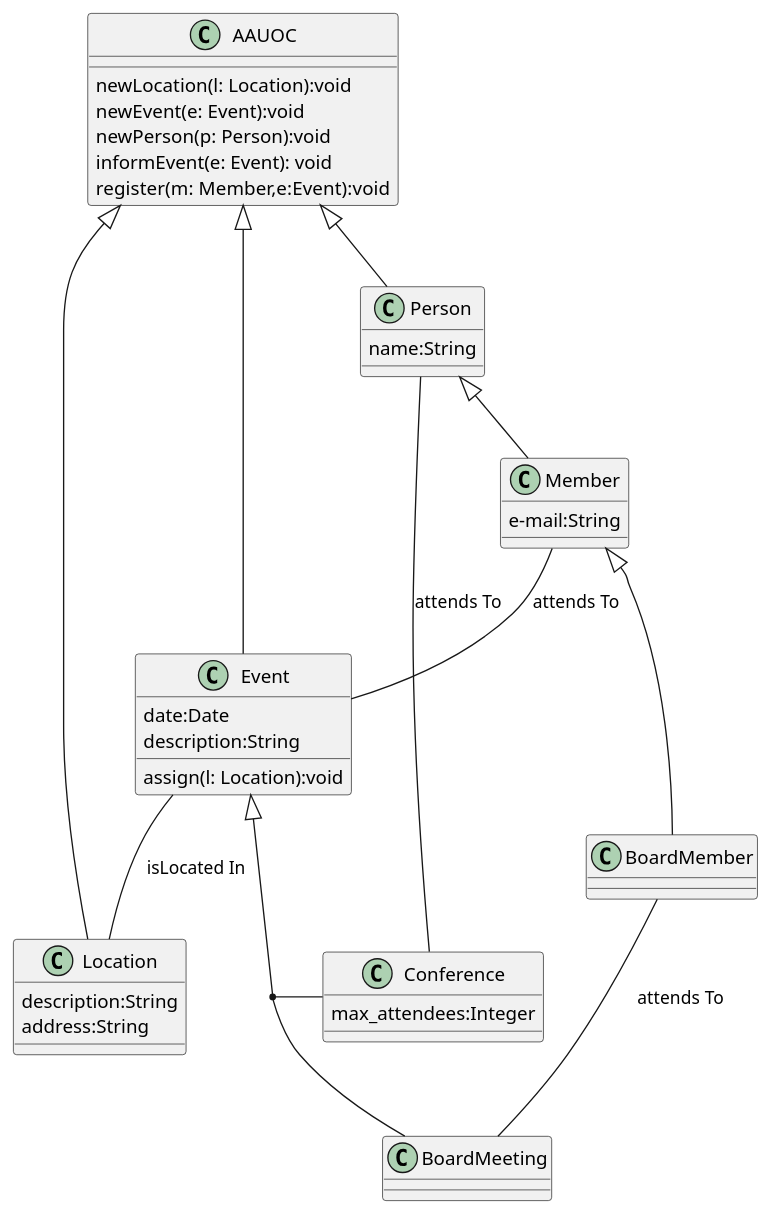
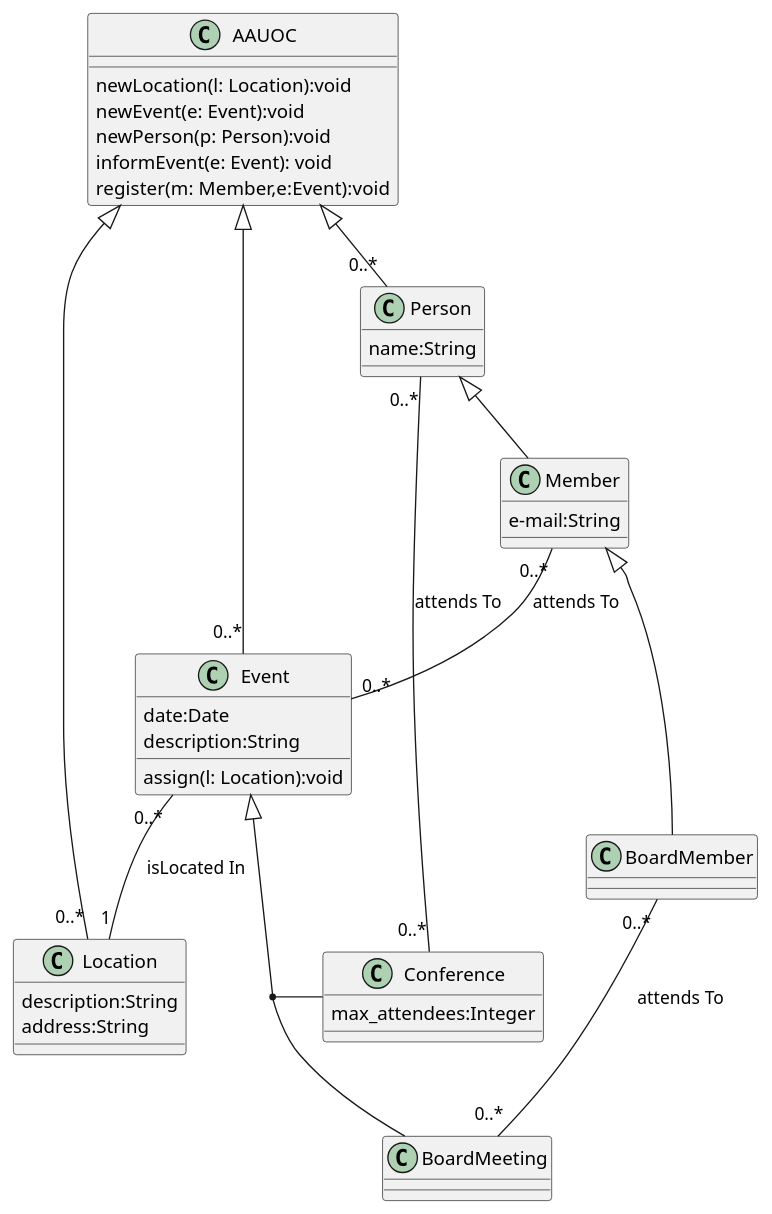
Before and after one commit to alejaandroobc/UMLClases_Alejandro: the diagram in UMLClases_Alejandro.puml, drawn with PlantUML. The commit also changed 1 other file, not shown here.

```diff
--- a/UMLClases_Alejandro.puml
+++ b/UMLClases_Alejandro.puml
@@ -1,43 +1,43 @@
 @startuml
 
 class AAUOC{
 newLocation(l: Location):void
 newEvent(e: Event):void
 newPerson(p: Person):void
 informEvent(e: Event): void
 register(m: Member,e:Event):void
 }
 class Location{
 description:String
 address:String
 }
 class Event{
 date:Date
 description:String
 assign(l: Location):void
 }
 class Person{
 name:String
 }
 class Member{
 e-mail:String
 }
 class BoardMember
 class BoardMeeting
 class Conference{
 max_attendees:Integer
 }
 
-AAUOC <|-- Location
-AAUOC <|-- Event
-AAUOC <|-- Person
+AAUOC <|-- "0..*" Location
+AAUOC <|-- "0..*" Event
+AAUOC <|-- "0..*" Person
 Person <|-- Member
 Member <|-- BoardMember
 Event <|-- BoardMeeting
-Event -- Location :isLocated In
-Member -- Event : attends To
-BoardMember -- BoardMeeting : attends To
-Person -- Conference : attends To
+Event "0..*" -- "1" Location :isLocated In
+Member "0..*" -- "0..*" Event : attends To
+BoardMember "0..*" -- "0..*" BoardMeeting : attends To
+Person "0..*" -- "0..*" Conference : attends To
 (Event, BoardMeeting) -- Conference
 
 @enduml
```
